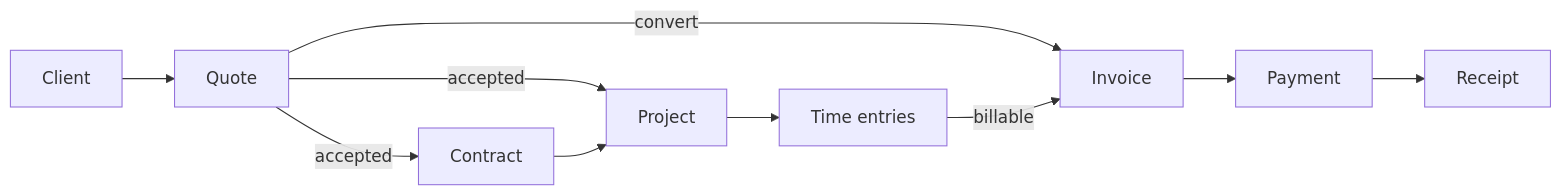
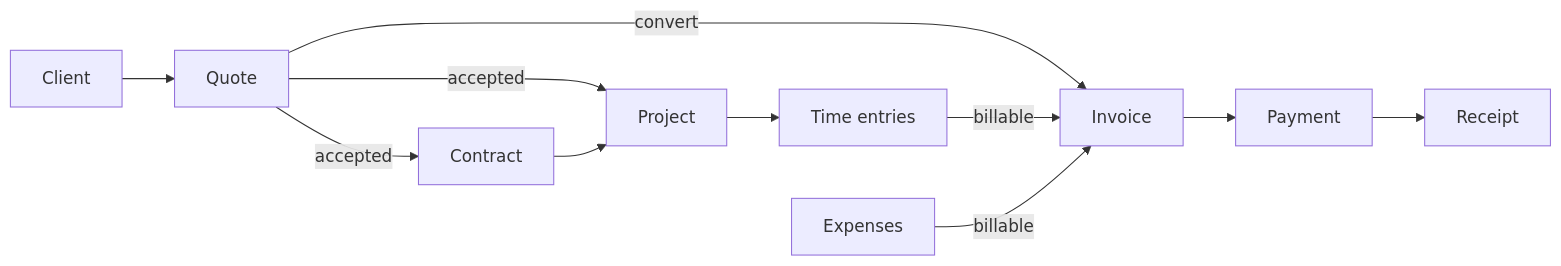
Before and after one commit to mixin27/billleaf: the diagram in docs/product/modules.md, drawn with Mermaid. The commit also changed other lines of this file and 38 other files, not shown here.

````diff
--- a/docs/product/modules.md
+++ b/docs/product/modules.md
@@ -22,12 +23,13 @@
 ```mermaid
 flowchart LR
   C[Client] --> Q[Quote]
   Q -- accepted --> K[Contract]
   Q -- accepted --> P[Project]
   K --> P
   P --> T[Time entries]
   Q -- convert --> I[Invoice]
   T -- billable --> I
+  E[Expenses] -- billable --> I
   I --> Pay[Payment]
   Pay --> R[Receipt]
 ```
````
